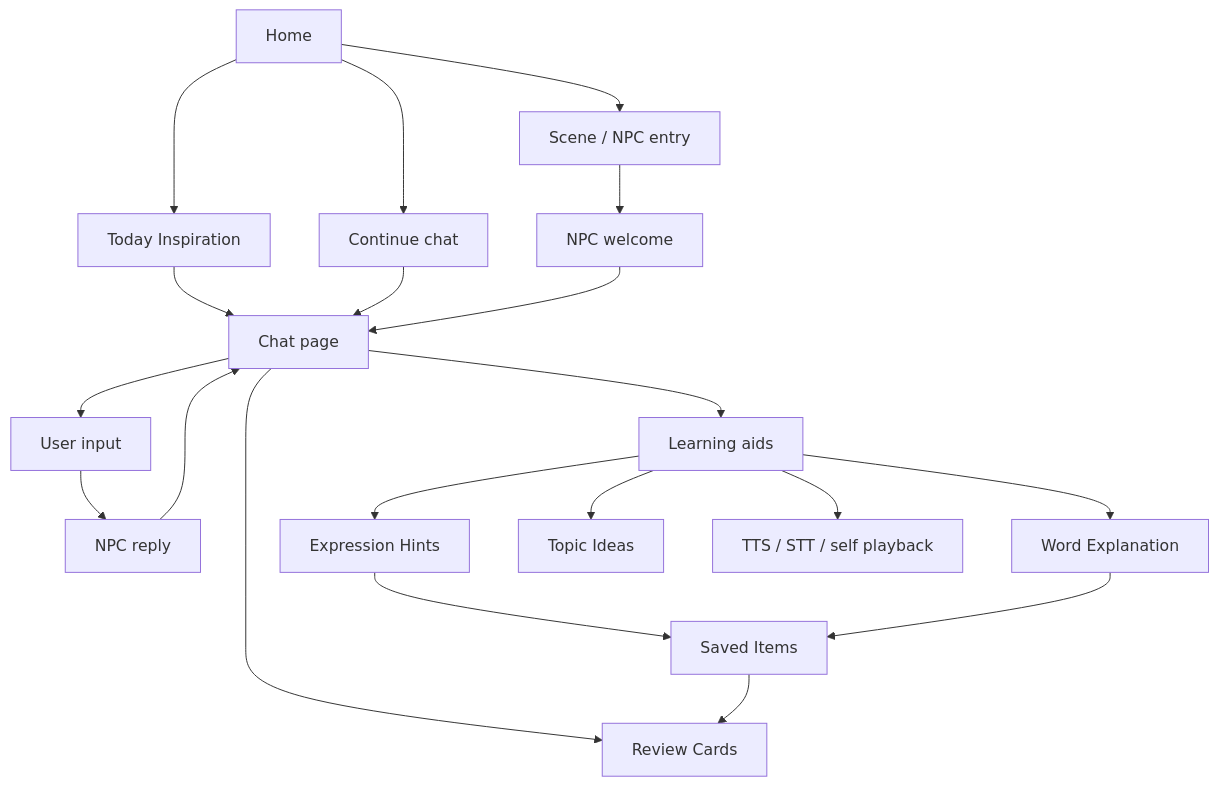
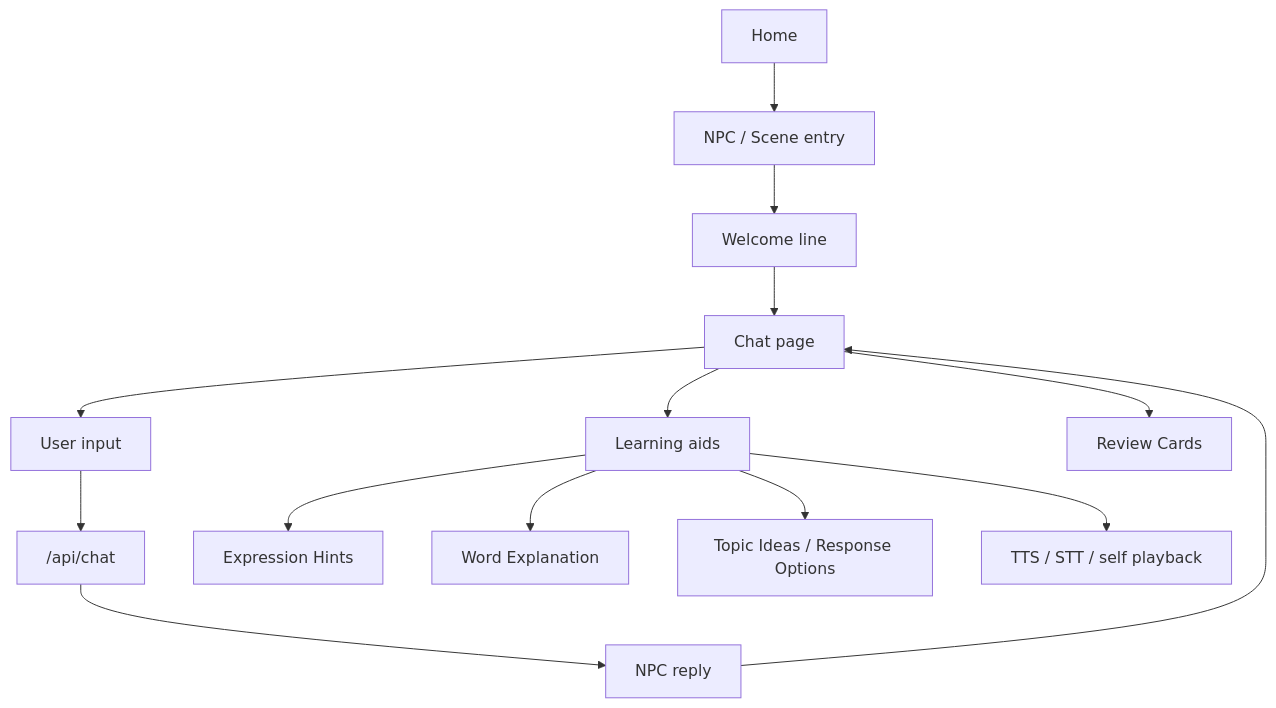
The diagram in docs/system-map.md (Ran-JH/kotomachi), drawn with Mermaid before and after one commit. The commit also changed other lines of this file and 1 other file, not shown here.

````diff
--- a/docs/system-map.md
+++ b/docs/system-map.md
@@ -18,38 +32,30 @@
 ```mermaid
 flowchart TD
   Home["Home"]
-  SceneEntry["Scene / NPC entry"]
-  Inspiration["Today Inspiration"]
-  Continue["Continue chat"]
-  Welcome["NPC welcome"]
+  Entry["NPC / Scene entry"]
+  Welcome["Welcome line"]
   Chat["Chat page"]
   UserInput["User input"]
-  NpcReply["NPC reply"]
-  LearningAids["Learning aids"]
-  Feedback["Expression Hints"]
+  ChatAPI["/api/chat"]
+  Reply["NPC reply"]
+  Aids["Learning aids"]
+  Hints["Expression Hints"]
   Explain["Word Explanation"]
-  TopicIdeas["Topic Ideas"]
+  Ideas["Topic Ideas / Response Options"]
   Voice["TTS / STT / self playback"]
   Review["Review Cards"]
-  Saved["Saved Items"]
 
-  Home --> SceneEntry
-  Home --> Inspiration
-  Home --> Continue
-  SceneEntry --> Welcome
-  Inspiration --> Chat
-  Continue --> Chat
+  Home --> Entry
+  Entry --> Welcome
   Welcome --> Chat
   Chat --> UserInput
-  UserInput --> NpcReply
-  NpcReply --> Chat
-  Chat --> LearningAids
-  LearningAids --> Feedback
-  LearningAids --> Explain
-  LearningAids --> TopicIdeas
-  LearningAids --> Voice
-  Feedback --> Saved
-  Explain --> Saved
+  UserInput --> ChatAPI
+  ChatAPI --> Reply
+  Reply --> Chat
+  Chat --> Aids
+  Aids --> Hints
+  Aids --> Explain
+  Aids --> Ideas
+  Aids --> Voice
   Chat --> Review
-  Saved --> Review
 ```
````
